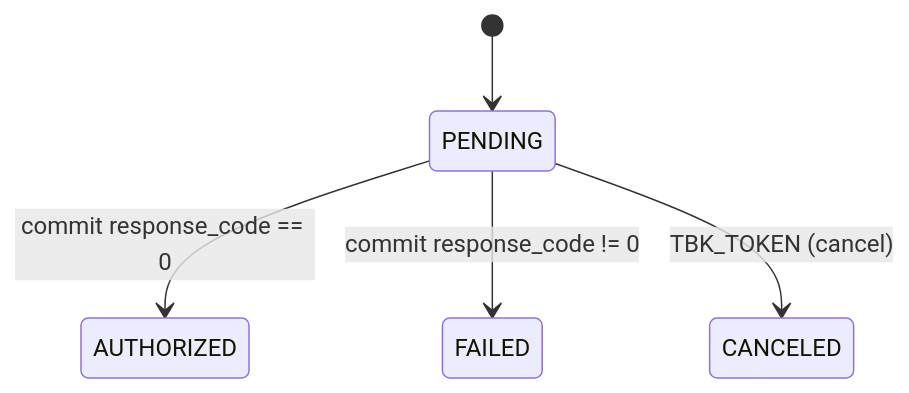
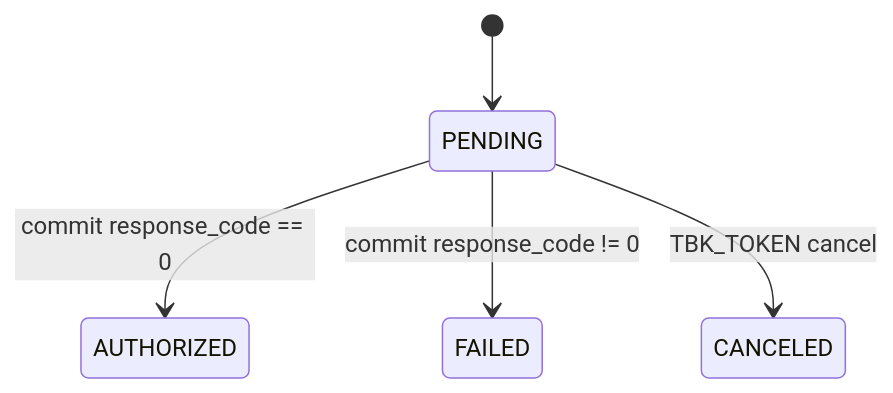
The third of 6 diagrams in README.md (carlosSepher/ninja-payments-api), drawn with Mermaid before and after one commit. The commit also changed other lines of this file, not shown here.

````diff
--- a/README.md
+++ b/README.md
@@ -116,7 +116,7 @@
 ```mermaid
 stateDiagram-v2
   [*] --> PENDING
   PENDING --> AUTHORIZED: commit response_code == 0
   PENDING --> FAILED: commit response_code != 0
-  PENDING --> CANCELED: TBK_TOKEN (cancel)
+  PENDING --> CANCELED: TBK_TOKEN cancel
 ```
````
